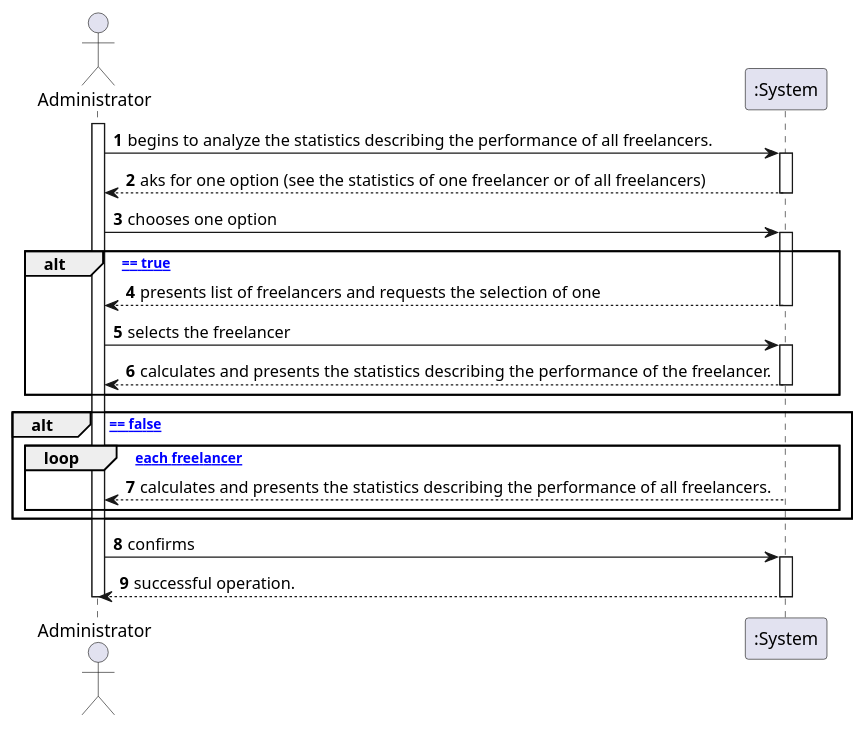
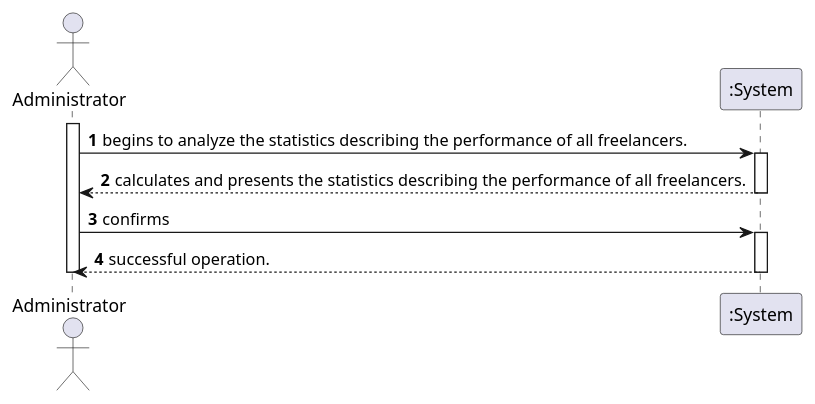
The diagram in docs/UC6 - Check performance indicators/UC6_SSD.puml (pedrolemos4/LAPR2), drawn with PlantUML before and after one commit. The commit also changed 2 other files, not shown here.

```diff
--- a/docs/UC6 - Check performance indicators/UC6_SSD.puml
+++ b/docs/UC6 - Check performance indicators/UC6_SSD.puml
@@ -1,37 +1,19 @@
 @startuml
 autonumber
 actor "Administrator" as ADM
 
 activate ADM
 ADM -> ":System" : begins to analyze the statistics describing the performance of all freelancers.
+
 activate ":System"
-":System" --> ADM : aks for one option (see the statistics of one freelancer or of all freelancers) 
-deactivate ":System"
-
-ADM -> ":System" : chooses one option
-activate ":System"
-
-alt [ flag == true ]
-":System" --> ADM : presents list of freelancers and requests the selection of one
-deactivate ":System"
-ADM -> ":System" : selects the freelancer
-activate ":System"
-":System" --> ADM : calculates and presents the statistics describing the performance of the freelancer.
-deactivate ":System"
-end alt
-
-alt [ flag == false ]
-loop [ for each freelancer ]
 ":System" --> ADM : calculates and presents the statistics describing the performance of all freelancers.
 deactivate ":System"
-end loop
-end alt
 
 ADM -> ":System" : confirms
 activate ":System"
 ":System" --> ADM : successful operation.
 deactivate ":System"
 
 deactivate ADM
 
 @enduml
```
